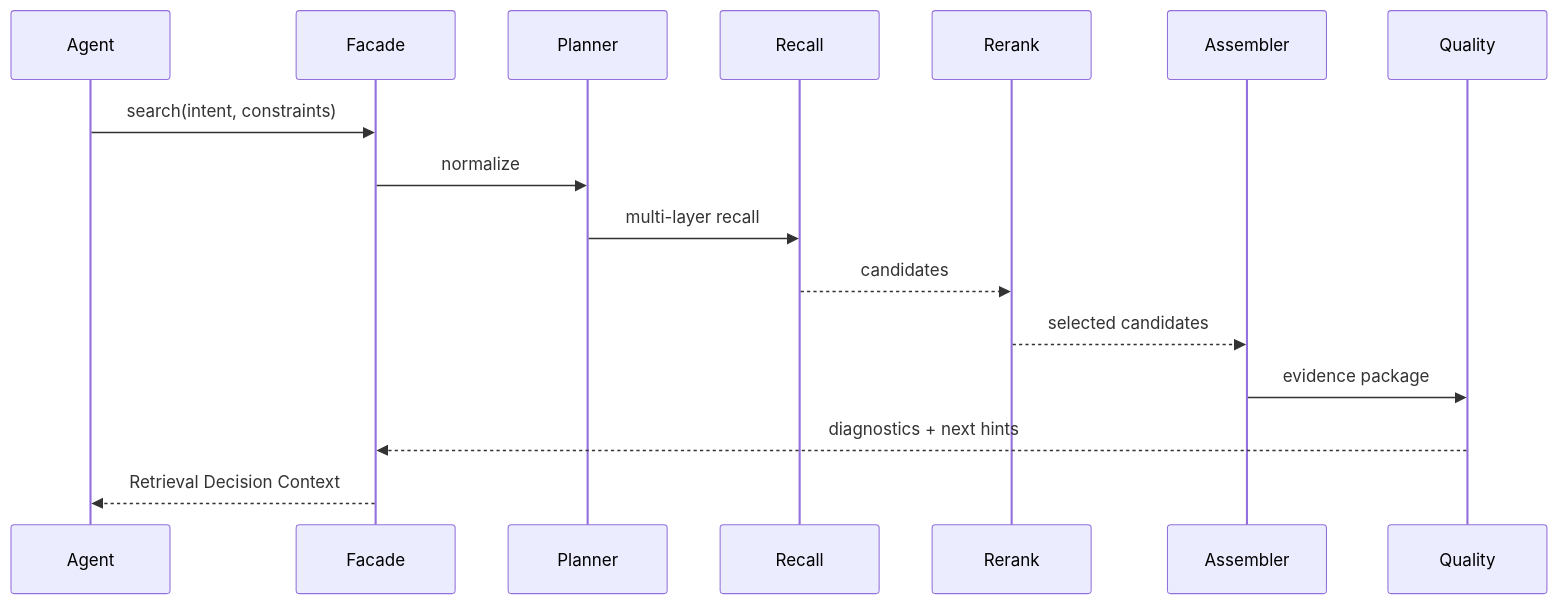
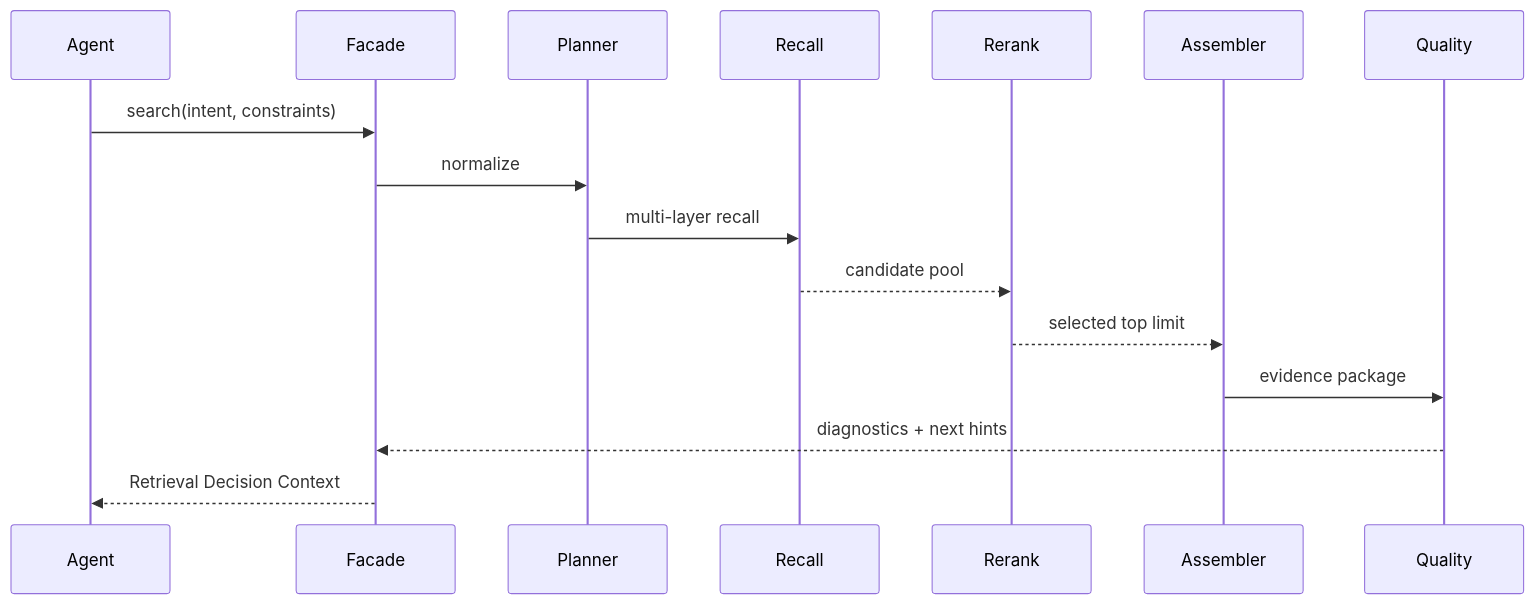
The third of 4 diagrams in .claude/skills/smart-fund-server/docs/3. 实施方案/4. 知识图谱/19. Agent检索与决策上下文实施方案.md (qiyuebuku/frida-test), drawn with Mermaid before and after one commit. The commit also changed other lines of this file and 166 other files, not shown here.

````diff
--- a/.claude/skills/smart-fund-server/docs/3. 实施方案/4. 知识图谱/19. Agent检索与决策上下文实施方案.md
+++ b/.claude/skills/smart-fund-server/docs/3. 实施方案/4. 知识图谱/19. Agent检索与决策上下文实施方案.md
@@ -199,19 +230,19 @@
 ```mermaid
 sequenceDiagram
     participant Agent
     participant Facade
     participant Planner
     participant Recall
     participant Rerank
     participant Assembler
     participant Quality
 
     Agent->>Facade: search(intent, constraints)
     Facade->>Planner: normalize
     Planner->>Recall: multi-layer recall
-    Recall-->>Rerank: candidates
-    Rerank-->>Assembler: selected candidates
+    Recall-->>Rerank: candidate pool
+    Rerank-->>Assembler: selected top limit
     Assembler->>Quality: evidence package
     Quality-->>Facade: diagnostics + next hints
     Facade-->>Agent: Retrieval Decision Context
 ```
````
